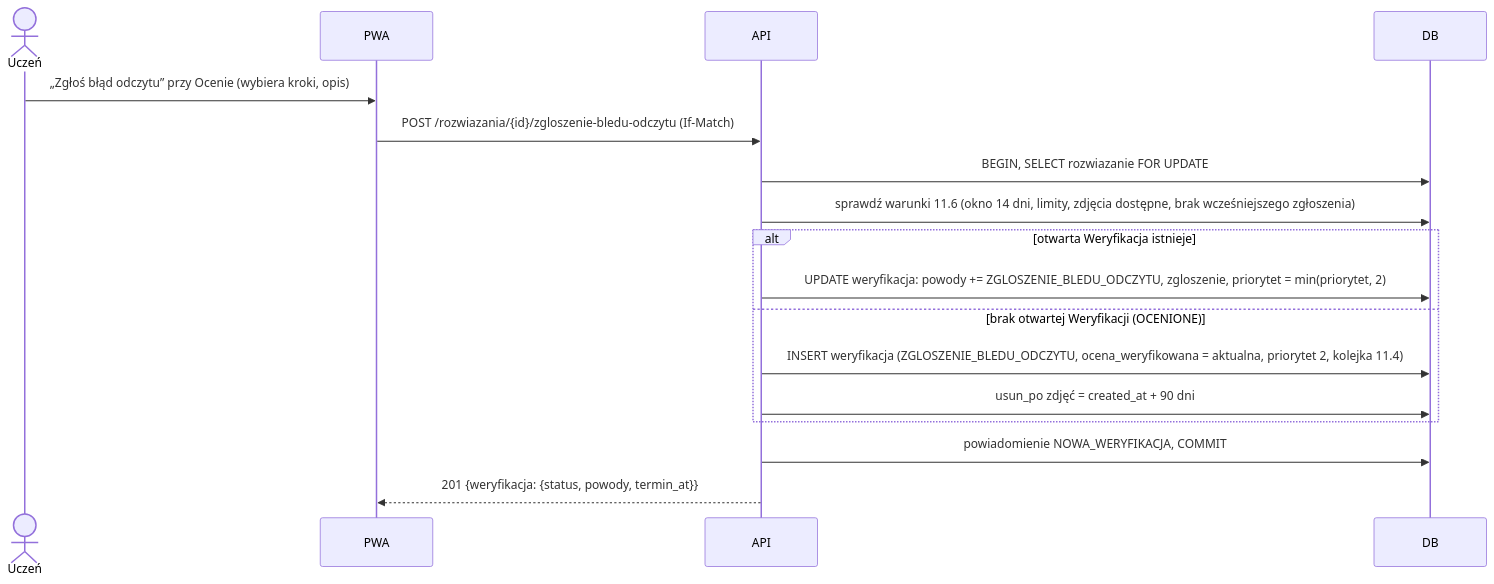
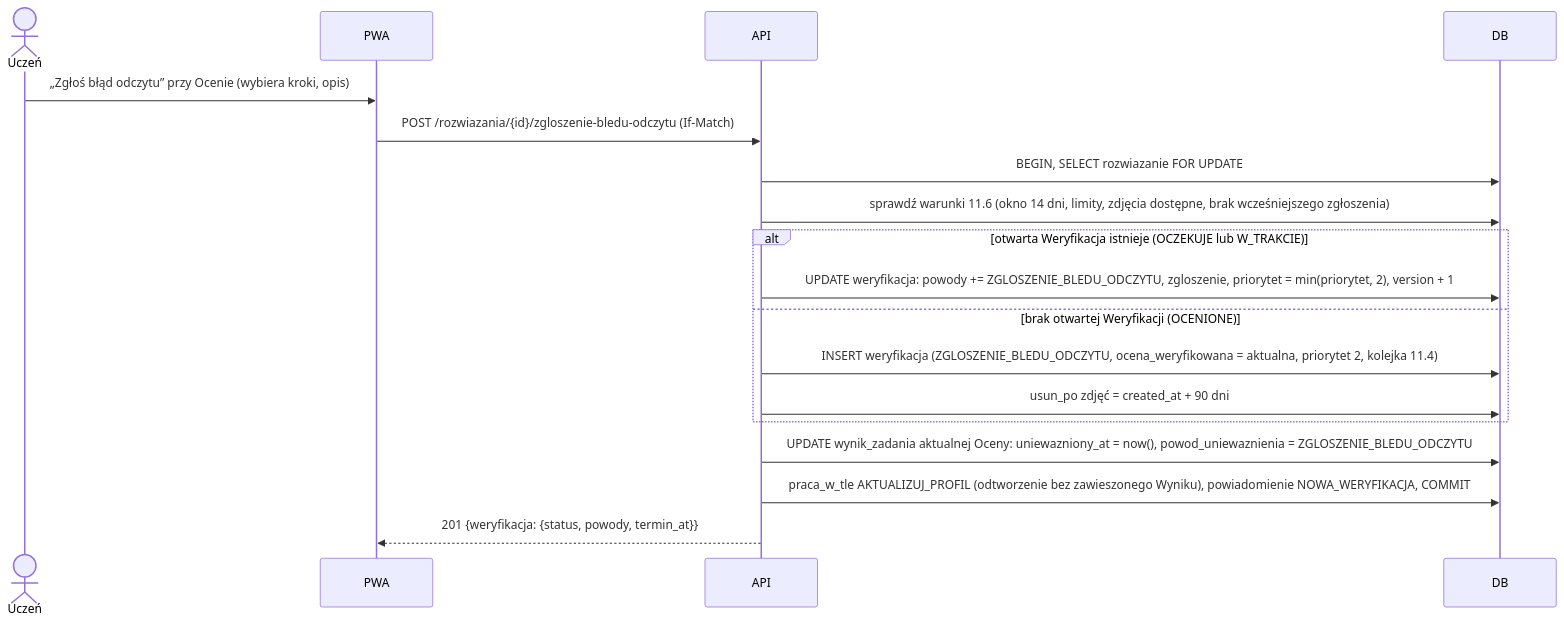
One commit to misterekkk/lemat changed diagram 23 of 25 in docs/ARCHITECTURE_DETAILED.md. Above: the diagram before and after it, drawn with Mermaid. The commit also changed other lines of this file, not shown here.

First line of the commit message:
docs(architecture): iteration 1 architect pass — v2.1 addressing C1 critique

````diff
--- a/docs/ARCHITECTURE_DETAILED.md
+++ b/docs/ARCHITECTURE_DETAILED.md
@@ -2147,19 +2222,20 @@
 ```mermaid
 sequenceDiagram
     actor U as Uczeń
     participant PWA
     participant API
     participant DB
     U->>PWA: „Zgłoś błąd odczytu” przy Ocenie (wybiera kroki, opis)
     PWA->>API: POST /rozwiazania/{id}/zgloszenie-bledu-odczytu (If-Match)
     API->>DB: BEGIN, SELECT rozwiazanie FOR UPDATE
     API->>DB: sprawdź warunki 11.6 (okno 14 dni, limity, zdjęcia dostępne, brak wcześniejszego zgłoszenia)
-    alt otwarta Weryfikacja istnieje
-        API->>DB: UPDATE weryfikacja: powody += ZGLOSZENIE_BLEDU_ODCZYTU, zgloszenie, priorytet = min(priorytet, 2)
+    alt otwarta Weryfikacja istnieje (OCZEKUJE lub W_TRAKCIE)
+        API->>DB: UPDATE weryfikacja: powody += ZGLOSZENIE_BLEDU_ODCZYTU, zgloszenie, priorytet = min(priorytet, 2), version + 1
     else brak otwartej Weryfikacji (OCENIONE)
         API->>DB: INSERT weryfikacja (ZGLOSZENIE_BLEDU_ODCZYTU, ocena_weryfikowana = aktualna, priorytet 2, kolejka 11.4)
         API->>DB: usun_po zdjęć = created_at + 90 dni
     end
-    API->>DB: powiadomienie NOWA_WERYFIKACJA, COMMIT
+    API->>DB: UPDATE wynik_zadania aktualnej Oceny: uniewazniony_at = now(), powod_uniewaznienia = ZGLOSZENIE_BLEDU_ODCZYTU
+    API->>DB: praca_w_tle AKTUALIZUJ_PROFIL (odtworzenie bez zawieszonego Wyniku), powiadomienie NOWA_WERYFIKACJA, COMMIT
     API-->>PWA: 201 {weryfikacja: {status, powody, termin_at}}
 ```
````
